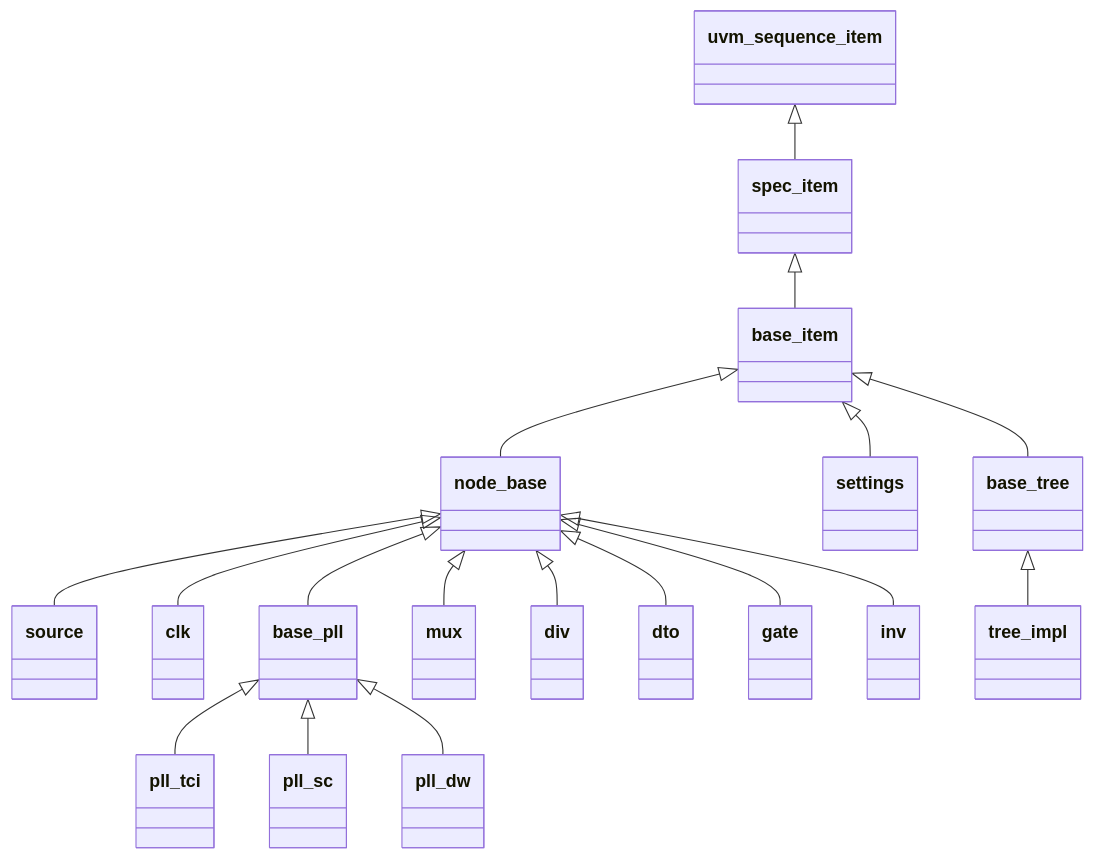
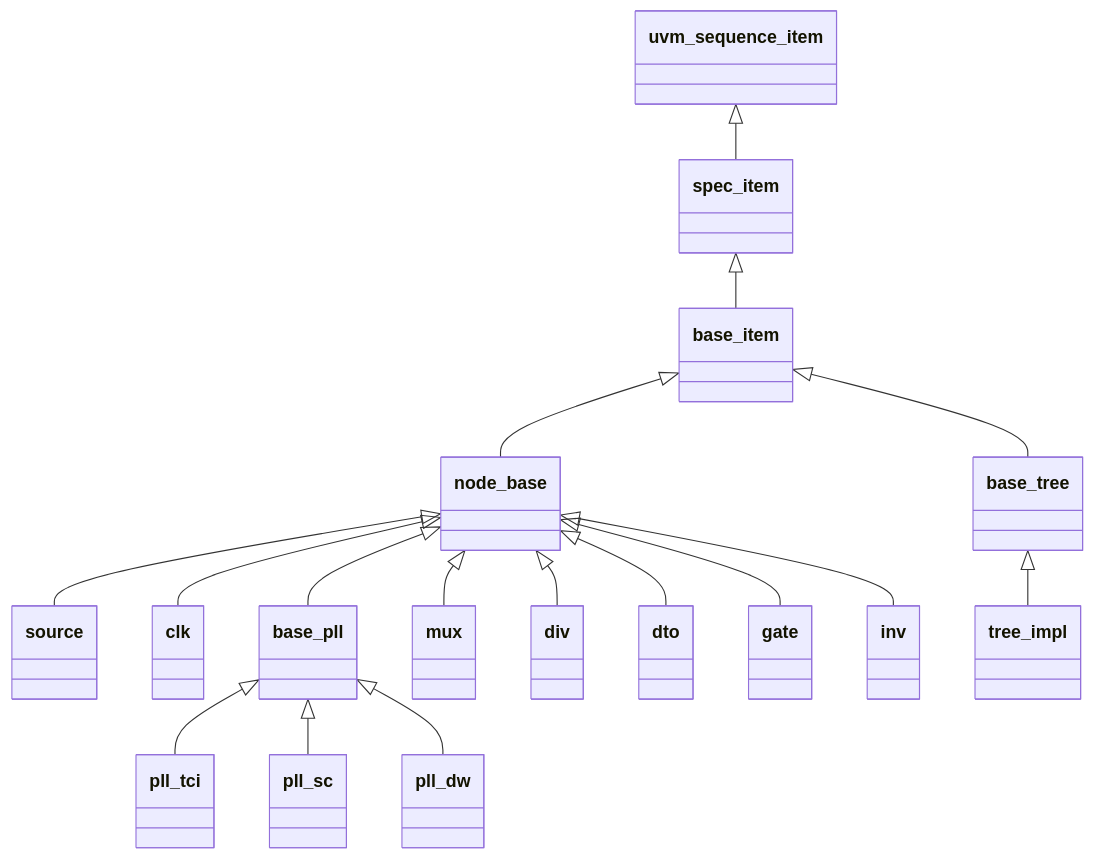
One commit to XiaoHui2023/templates changed the diagram in src/sv/agent/clock_tree/model.md. Above: the diagram before and after it, drawn with Mermaid. The commit also changed other lines of this file and 39 other files, not shown here.

````diff
--- a/src/sv/agent/clock_tree/model.md
+++ b/src/sv/agent/clock_tree/model.md
@@ -9,20 +9,19 @@
 ```mermaid
 classDiagram
     uvm_sequence_item <|-- spec_item
     spec_item <|-- base_item
     base_item <|-- node_base
-    base_item <|-- settings
     base_item <|-- base_tree
     node_base <|-- source
     node_base <|-- clk
     node_base <|-- base_pll
     base_pll <|-- pll_tci
     base_pll <|-- pll_sc
     base_pll <|-- pll_dw
     node_base <|-- mux
     node_base <|-- div
     node_base <|-- dto
     node_base <|-- gate
     node_base <|-- inv
     base_tree <|-- tree_impl
 ```
````
